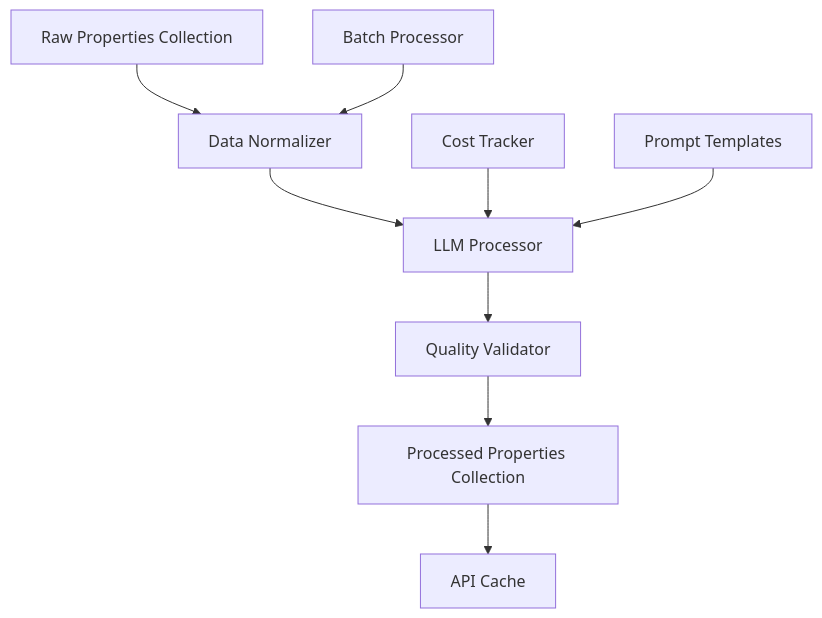
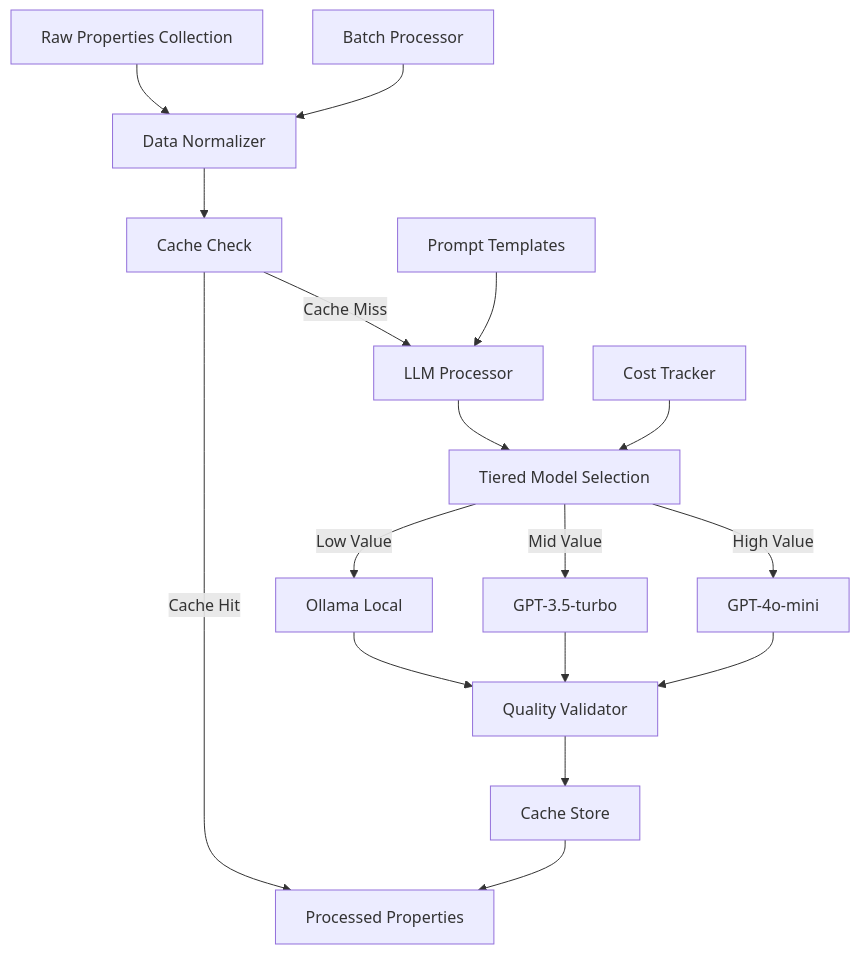
Before and after one commit to bananahana720/RE-analysis-generator: the diagram in PRPs/workflows/task-06-llm-processing-workflow.md, drawn with Mermaid. The commit also changed other lines of this file and 138 other files, not shown here.

````diff
--- a/PRPs/workflows/task-06-llm-processing-workflow.md
+++ b/PRPs/workflows/task-06-llm-processing-workflow.md
@@ -29,12 +64,20 @@
 ```mermaid
 graph TD
     A[Raw Properties Collection] --> B[Data Normalizer]
-    B --> C[LLM Processor]
-    C --> D[Quality Validator]
-    D --> E[Processed Properties Collection]
-    E --> F[API Cache]
+    B --> C[Cache Check]
+    C -->|Cache Hit| E[Processed Properties]
+    C -->|Cache Miss| D[LLM Processor]
+    D --> J[Tiered Model Selection]
+    J -->|Low Value| K[Ollama Local]
+    J -->|Mid Value| L[GPT-3.5-turbo]
+    J -->|High Value| M[GPT-4o-mini]
+    K --> N[Quality Validator]
+    L --> N
+    M --> N
+    N --> O[Cache Store]
+    O --> E[Processed Properties]
     
-    G[Cost Tracker] --> C
-    H[Prompt Templates] --> C
-    I[Batch Processor] --> B
+    P[Cost Tracker] --> J
+    Q[Prompt Templates] --> D
+    R[Batch Processor] --> B
 ```
````
